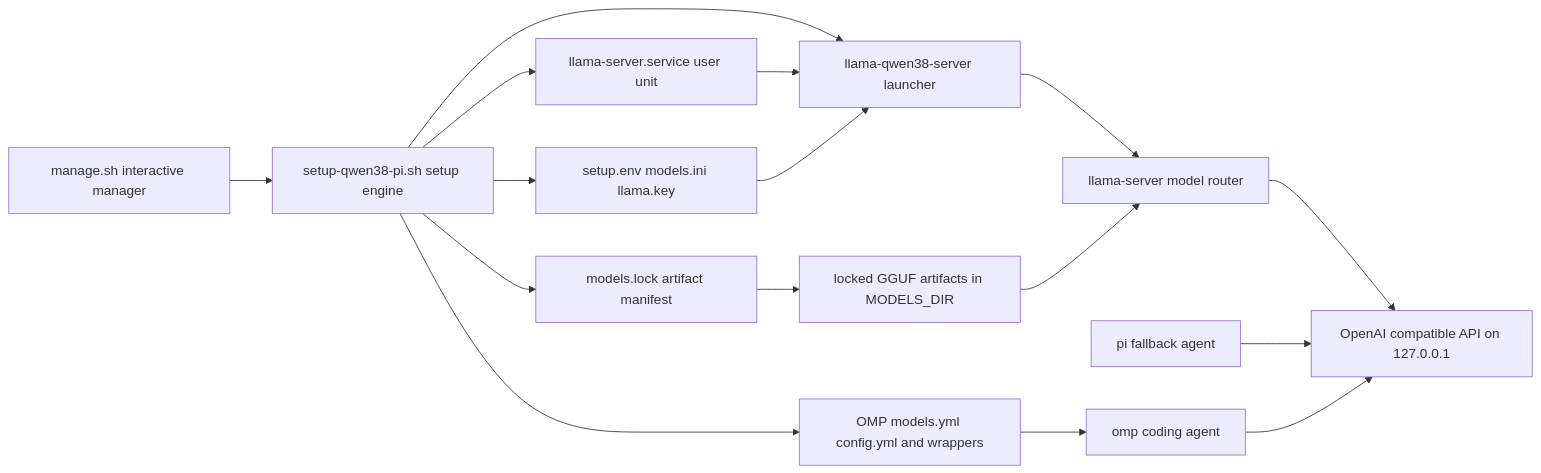
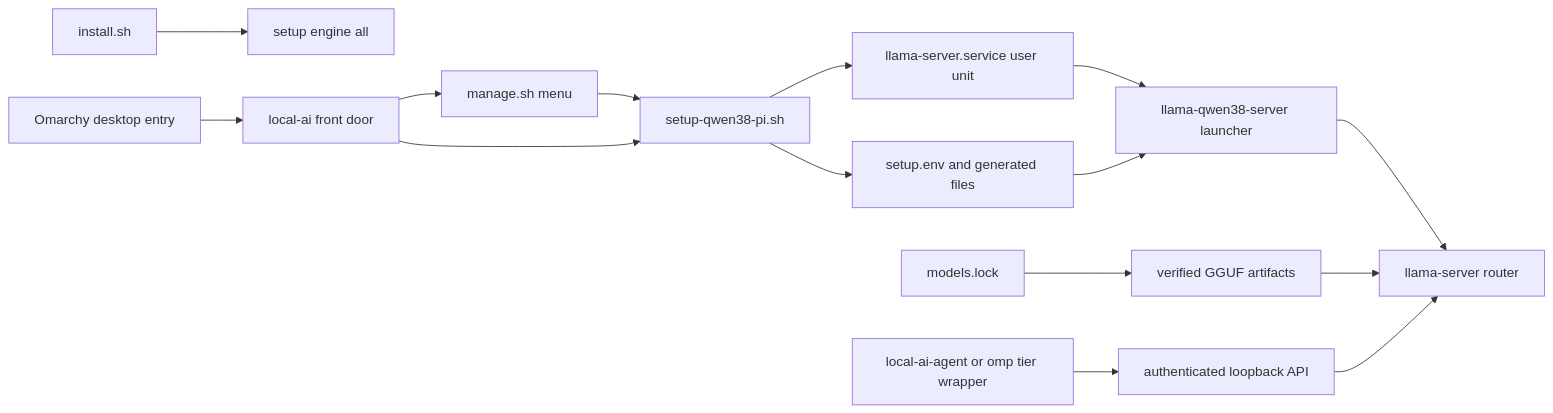
The diagram in openwiki/architecture/runtime-stack.md (johnymontana/local-ai-setup), drawn with Mermaid before and after one commit. The commit also changed other lines of this file and 23 other files, not shown here.

````diff
--- a/openwiki/architecture/runtime-stack.md
+++ b/openwiki/architecture/runtime-stack.md
@@ -27,18 +35,17 @@
 ```mermaid
 flowchart LR
-  Manager["manage.sh interactive manager"] --> Engine["setup-qwen38-pi.sh setup engine"]
-  Engine --> Lock["models.lock artifact manifest"]
-  Lock --> Artifacts["locked GGUF artifacts in MODELS_DIR"]
-  Engine --> Config["setup.env models.ini llama.key"]
-  Engine --> Launcher["llama-qwen38-server launcher"]
+  Install["install.sh"] --> All["setup engine all"]
+  Desktop["Omarchy desktop entry"] --> Front["local-ai front door"]
+  Front --> Menu["manage.sh menu"]
+  Menu --> Engine["setup-qwen38-pi.sh"]
+  Front --> Engine
+  Engine --> State["setup.env and generated files"]
   Engine --> Unit["llama-server.service user unit"]
-  Unit --> Launcher
-  Launcher --> Router["llama-server model router"]
-  Config --> Launcher
+  Unit --> Launcher["llama-qwen38-server launcher"]
+  State --> Launcher
+  Lock["models.lock"] --> Artifacts["verified GGUF artifacts"]
+  Launcher --> Router["llama-server router"]
   Artifacts --> Router
-  Router --> API["OpenAI compatible API on 127.0.0.1"]
-  Engine --> OmpFiles["OMP models.yml config.yml and wrappers"]
-  OmpFiles --> OMP["omp coding agent"]
-  Pi["pi fallback agent"] --> API
-  OMP --> API
+  Agent["local-ai-agent or omp tier wrapper"] --> API["authenticated loopback API"]
+  API --> Router
 ```
````
